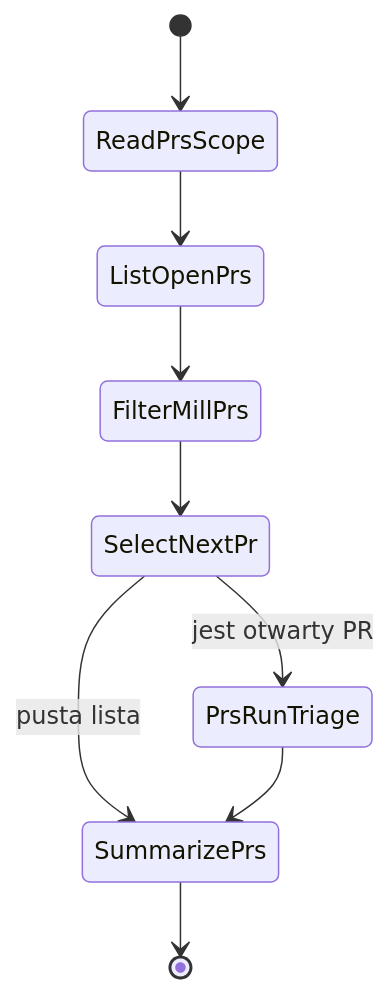
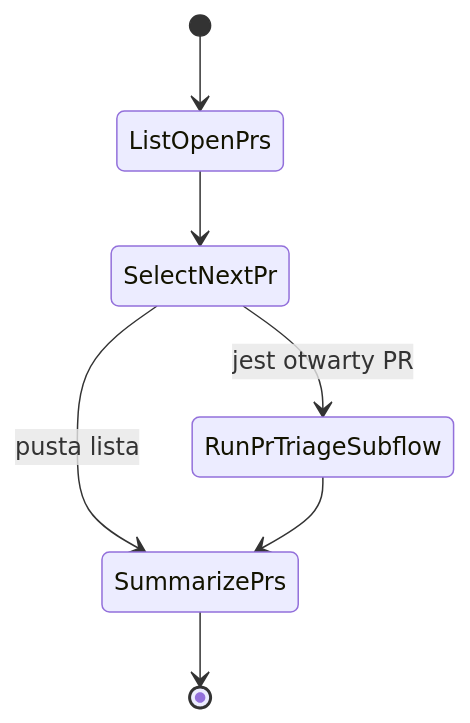
One commit to mikolaj92/lokay changed diagram 25 of 41 in README.md. Above: the diagram before and after it, drawn with Mermaid. The commit also changed other lines of this file and 12 other files, not shown here.

First line of the commit message:
prs NODE owns four nodes; pr_triage is a child slot

````diff
--- a/README.md
+++ b/README.md
@@ -722,11 +722,9 @@
 ```mermaid
 stateDiagram-v2
-    [*] --> ReadPrsScope
-    ReadPrsScope --> ListOpenPrs
-    ListOpenPrs --> FilterMillPrs
-    FilterMillPrs --> SelectNextPr
-    SelectNextPr --> PrsRunTriage: jest otwarty PR
+    [*] --> ListOpenPrs
+    ListOpenPrs --> SelectNextPr
+    SelectNextPr --> RunPrTriageSubflow: jest otwarty PR
     SelectNextPr --> SummarizePrs: pusta lista
-    PrsRunTriage --> SummarizePrs
+    RunPrTriageSubflow --> SummarizePrs
     SummarizePrs --> [*]
 ```
````
